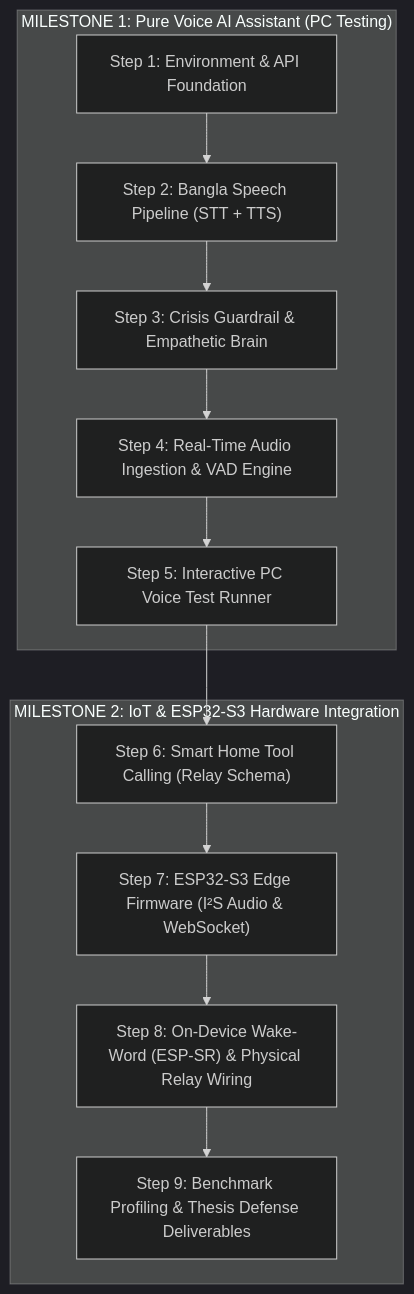
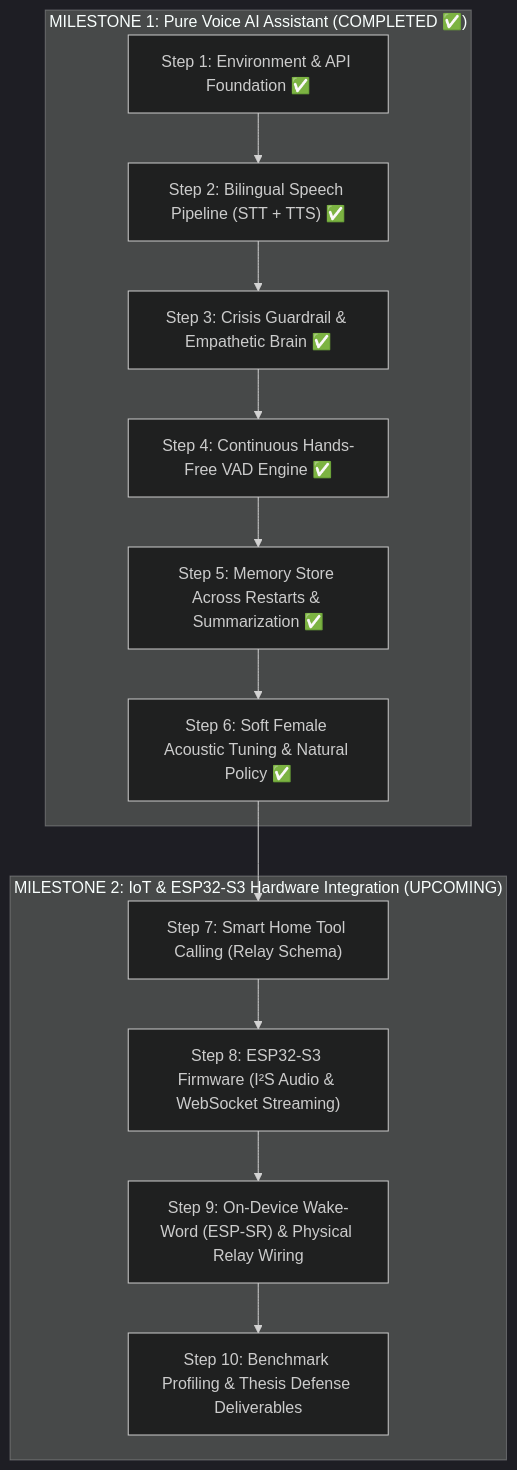
The diagram in WorkingProcess.md (fahadrahman444/maya-multilingual-voice-iot), drawn with Mermaid (dark theme) before and after one commit. The commit also changed other lines of this file and 18 other files, not shown here.

Commit message:
feat: complete pure voice AI assistant with hands-free VAD, persistent memory, and soft female voice profile

````diff
--- a/WorkingProcess.md
+++ b/WorkingProcess.md
@@ -11,16 +11,17 @@
 ```mermaid
 flowchart TD
-    subgraph M1["MILESTONE 1: Pure Voice AI Assistant (PC Testing)"]
-        S1["Step 1: Environment & API Foundation"] --> S2["Step 2: Bangla Speech Pipeline (STT + TTS)"]
-        S2 --> S3["Step 3: Crisis Guardrail & Empathetic Brain"]
-        S3 --> S4["Step 4: Real-Time Audio Ingestion & VAD Engine"]
-        S4 --> S5["Step 5: Interactive PC Voice Test Runner"]
+    subgraph M1["MILESTONE 1: Pure Voice AI Assistant (COMPLETED ✅)"]
+        S1["Step 1: Environment & API Foundation ✅"] --> S2["Step 2: Bilingual Speech Pipeline (STT + TTS) ✅"]
+        S2 --> S3["Step 3: Crisis Guardrail & Empathetic Brain ✅"]
+        S3 --> S4["Step 4: Continuous Hands-Free VAD Engine ✅"]
+        S4 --> S5["Step 5: Memory Store Across Restarts & Summarization ✅"]
+        S5 --> S6["Step 6: Soft Female Acoustic Tuning & Natural Policy ✅"]
     end
 
-    subgraph M2["MILESTONE 2: IoT & ESP32-S3 Hardware Integration"]
-        S5 --> S6["Step 6: Smart Home Tool Calling (Relay Schema)"]
-        S6 --> S7["Step 7: ESP32-S3 Edge Firmware (I²S Audio & WebSocket)"]
-        S7 --> S8["Step 8: On-Device Wake-Word (ESP-SR) & Physical Relay Wiring"]
-        S8 --> S9["Step 9: Benchmark Profiling & Thesis Defense Deliverables"]
+    subgraph M2["MILESTONE 2: IoT & ESP32-S3 Hardware Integration (UPCOMING)"]
+        S6 --> S7["Step 7: Smart Home Tool Calling (Relay Schema)"]
+        S7 --> S8["Step 8: ESP32-S3 Firmware (I²S Audio & WebSocket Streaming)"]
+        S8 --> S9["Step 9: On-Device Wake-Word (ESP-SR) & Physical Relay Wiring"]
+        S9 --> S10["Step 10: Benchmark Profiling & Thesis Defense Deliverables"]
     end
 ```
````
